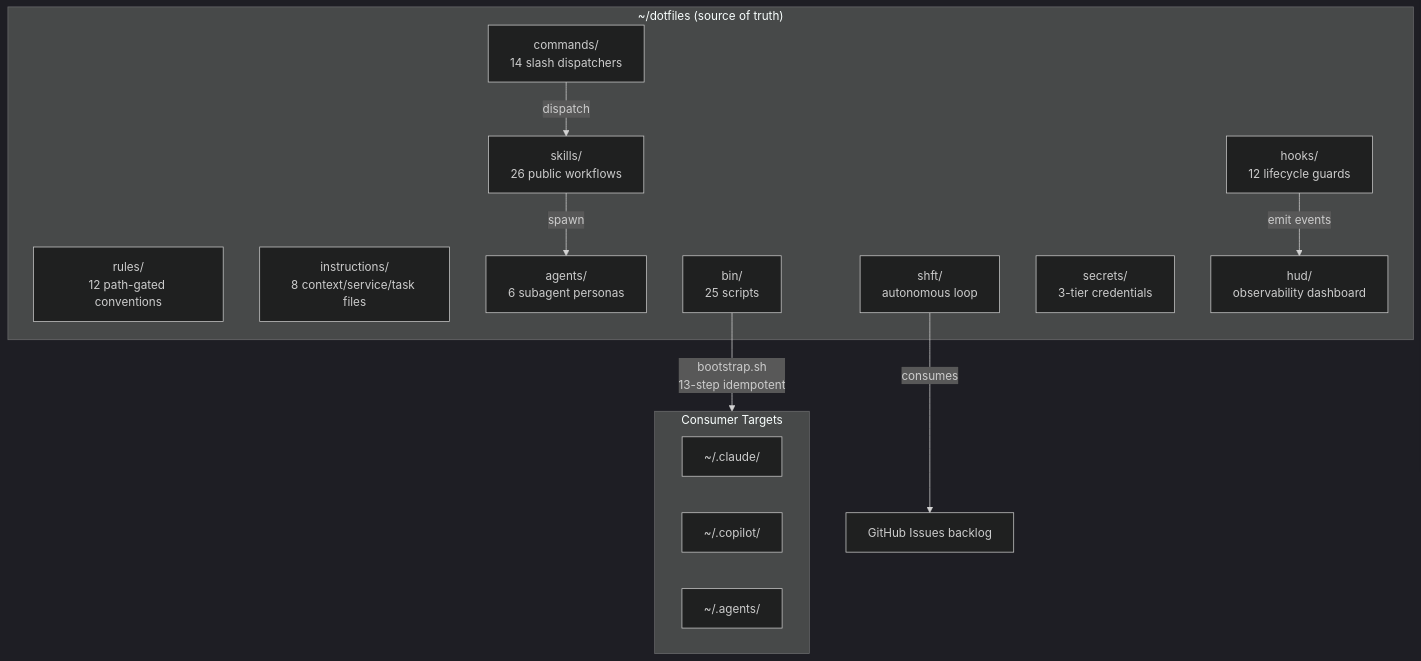
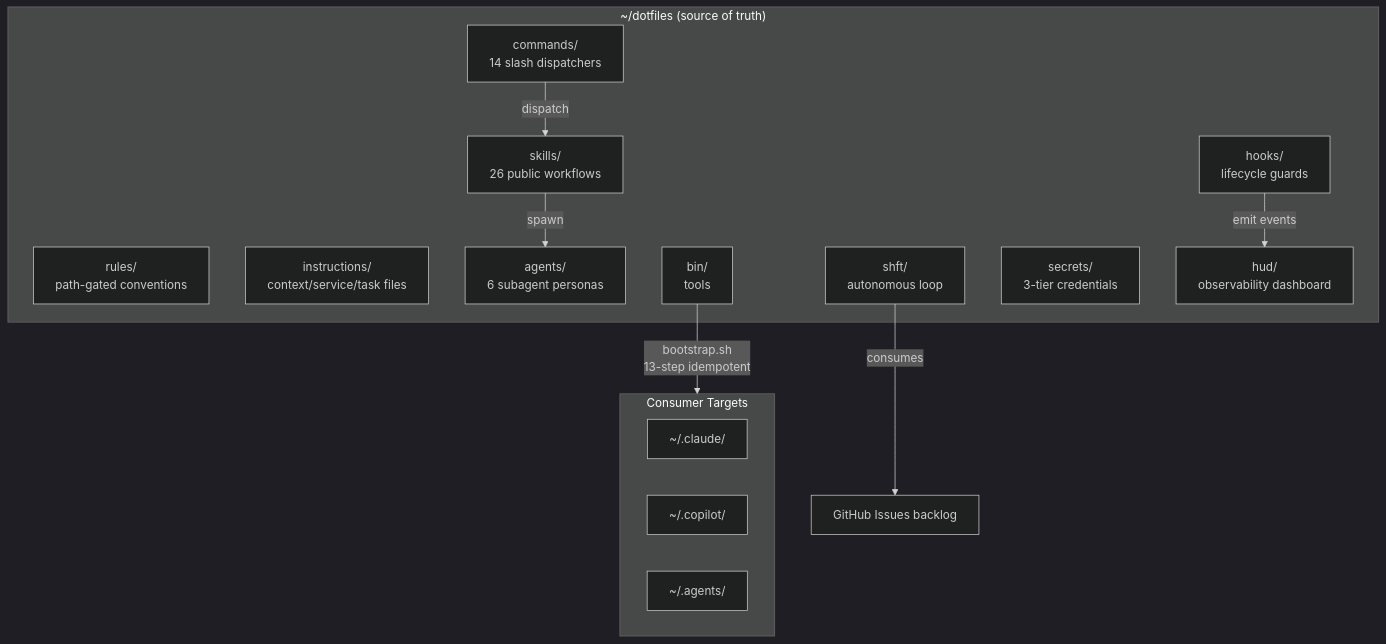
Before and after one commit to arndvs/ctrlshft: the diagram in docs/ARCHITECTURE.md, drawn with Mermaid (dark theme). The commit also changed other lines of this file and 38 other files, not shown here.

First line of the commit message:
feat(hooks): tools audit lift — Phase 1 + Phase 2 (#77)

````diff
--- a/docs/ARCHITECTURE.md
+++ b/docs/ARCHITECTURE.md
@@ -12,27 +12,27 @@
 ```mermaid
 graph TB
     subgraph "~/dotfiles (source of truth)"
-        RULES["rules/<br/>12 path-gated conventions"]
-        INST["instructions/<br/>8 context/service/task files"]
+        RULES["rules/<br/>path-gated conventions"]
+        INST["instructions/<br/>context/service/task files"]
         SKILLS["skills/<br/>26 public workflows"]
         AGENTS["agents/<br/>6 subagent personas"]
         CMDS["commands/<br/>14 slash dispatchers"]
-        HOOKS["hooks/<br/>12 lifecycle guards"]
-        BIN["bin/<br/>25 scripts"]
+        HOOKS["hooks/<br/>lifecycle guards"]
+        BIN["bin/<br/>tools"]
         SHFT["shft/<br/>autonomous loop"]
         SECRETS["secrets/<br/>3-tier credentials"]
         HUD["hud/<br/>observability dashboard"]
     end
 
     BIN -->|"bootstrap.sh<br/>13-step idempotent"| CONSUMERS
     subgraph CONSUMERS["Consumer Targets"]
         CLAUDE["~/.claude/"]
         COPILOT["~/.copilot/"]
         AGENTSDIR["~/.agents/"]
     end
 
     CMDS -->|"dispatch"| SKILLS
     SKILLS -->|"spawn"| AGENTS
     HOOKS -->|"emit events"| HUD
     SHFT -->|"consumes"| ISSUES["GitHub Issues backlog"]
 ```
````
